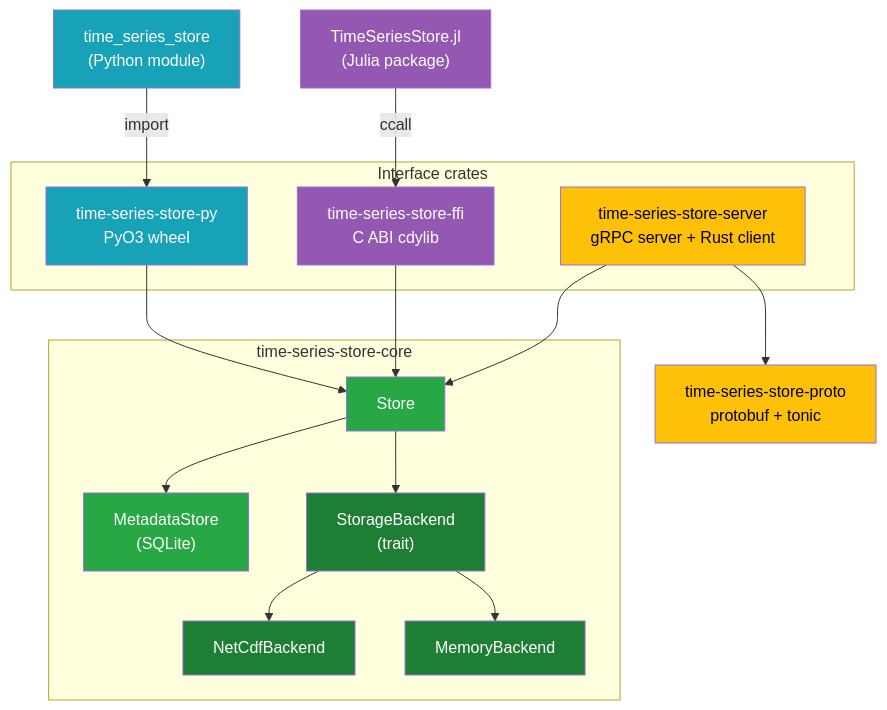
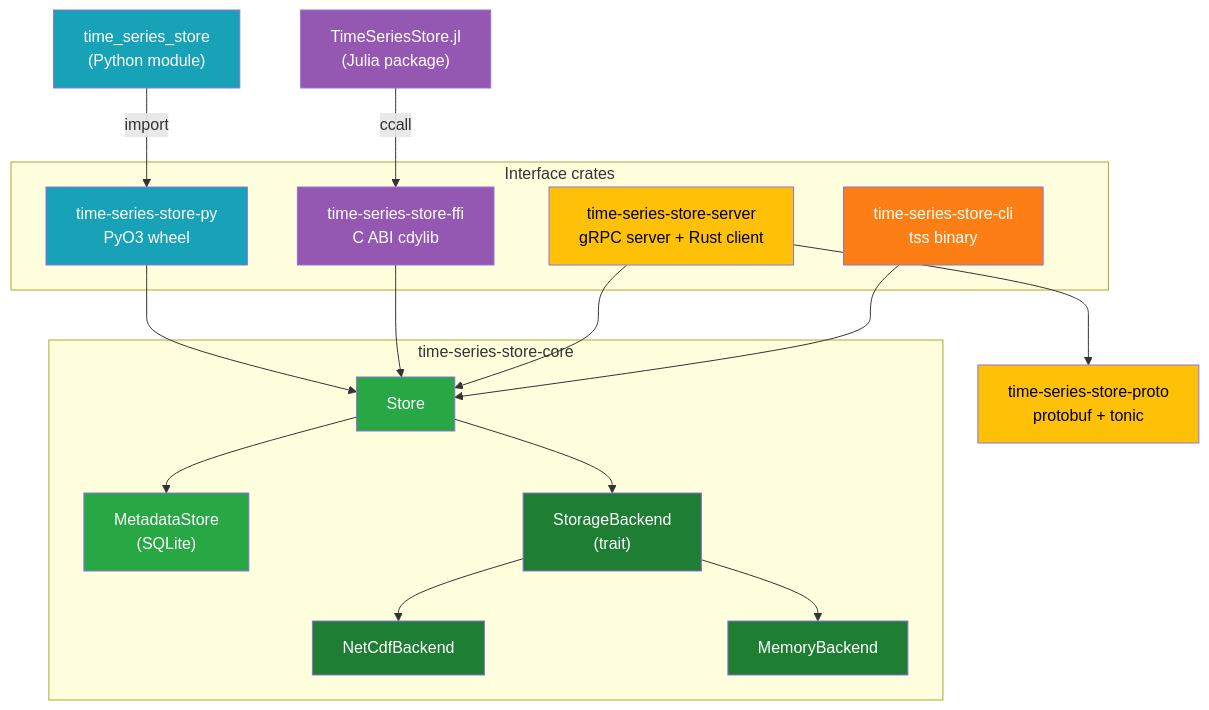
Before and after one commit to NatLabRockies/infrastore: the first of 3 diagrams in docs/src/explanation/architecture.md, drawn with Mermaid. The commit also changed other lines of this file and 34 other files, not shown here.

````diff
--- a/docs/src/explanation/architecture.md
+++ b/docs/src/explanation/architecture.md
@@ -10,43 +10,46 @@
 ```mermaid
 flowchart TB
     subgraph ifaces["Interface crates"]
         PY["time-series-store-py<br/>PyO3 wheel"]
         FFI["time-series-store-ffi<br/>C ABI cdylib"]
         SRV["time-series-store-server<br/>gRPC server + Rust client"]
+        CLI["time-series-store-cli<br/>tss binary"]
     end
 
     PYMOD["time_series_store<br/>(Python module)"]
     JL["TimeSeriesStore.jl<br/>(Julia package)"]
     PROTO["time-series-store-proto<br/>protobuf + tonic"]
 
     subgraph core["time-series-store-core"]
         STORE["Store"]
         META["MetadataStore<br/>(SQLite)"]
         BACK["StorageBackend<br/>(trait)"]
         NC["NetCdfBackend"]
         MEM["MemoryBackend"]
         STORE --> META
         STORE --> BACK
         BACK --> NC
         BACK --> MEM
     end
 
     PY --> STORE
     FFI --> STORE
     SRV --> STORE
+    CLI --> STORE
     PYMOD -->|"import"| PY
     JL -->|"ccall"| FFI
     SRV --> PROTO
 
     style STORE fill:#28a745,color:#fff
     style META fill:#28a745,color:#fff
     style BACK fill:#1e7e34,color:#fff
     style NC fill:#1e7e34,color:#fff
     style MEM fill:#1e7e34,color:#fff
     style PY fill:#17a2b8,color:#fff
     style PYMOD fill:#17a2b8,color:#fff
     style FFI fill:#9558b2,color:#fff
     style JL fill:#9558b2,color:#fff
     style SRV fill:#ffc107,color:#000
     style PROTO fill:#ffc107,color:#000
+    style CLI fill:#fd7e14,color:#fff
 ```
````
